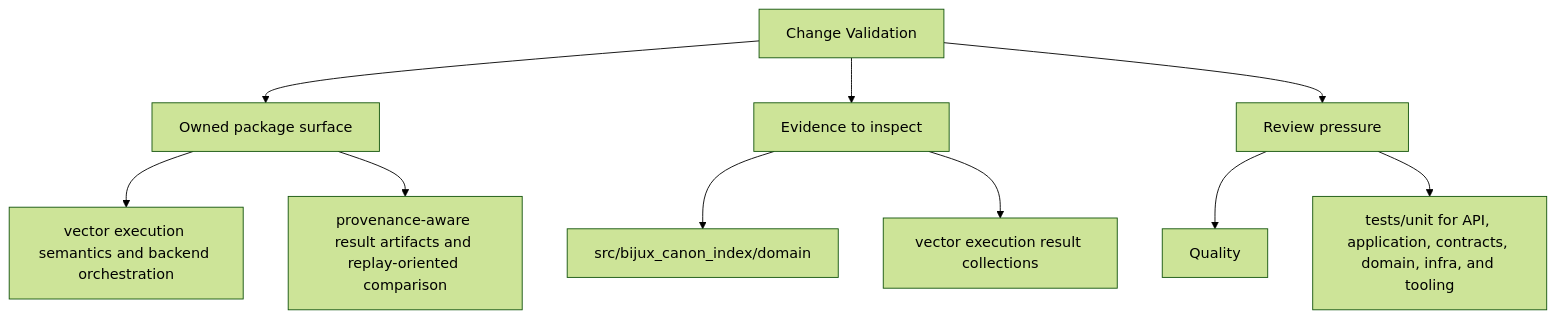
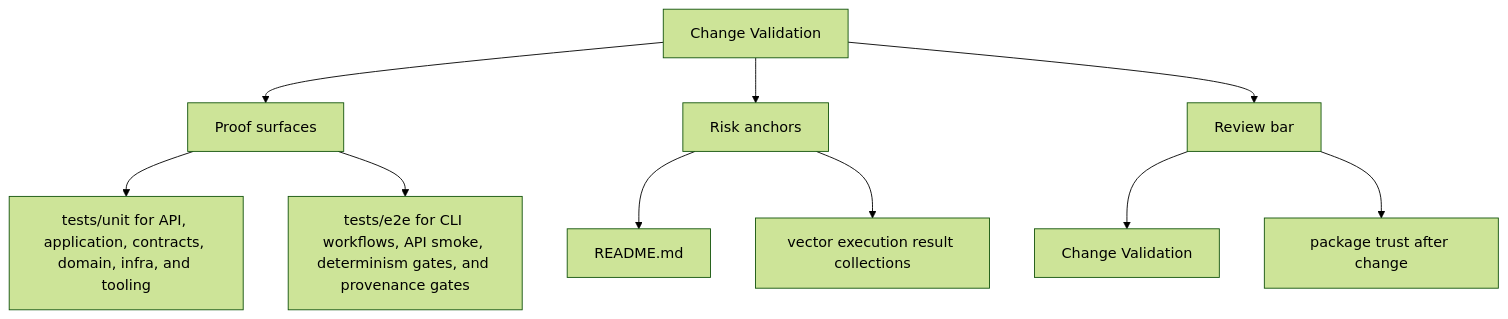
One commit to bijux/bijux-canon changed the second of 2 diagrams in docs/bijux-canon-index/quality/change-validation.md. Above: the diagram before and after it, drawn with Mermaid (forest theme). The commit also changed other lines of this file and 250 other files, not shown here.

Commit message:
docs(diagrams): make product page maps more readable

````diff
--- a/docs/bijux-canon-index/quality/change-validation.md
+++ b/docs/bijux-canon-index/quality/change-validation.md
@@ -33,22 +33,22 @@
 ```mermaid
 flowchart TD
     page["Change Validation"]
-    focus1["Owned package surface"]
+    focus1["Proof surfaces"]
     page --> focus1
-    focus1_1["vector execution semantics and backend orchestration"]
+    focus1_1["tests/unit for API, application, contracts, domain, infra, and tooling"]
     focus1 --> focus1_1
-    focus1_2["provenance-aware result artifacts and replay-oriented comparison"]
+    focus1_2["tests/e2e for CLI workflows, API smoke, determinism gates, and provenance gates"]
     focus1 --> focus1_2
-    focus2["Evidence to inspect"]
+    focus2["Risk anchors"]
     page --> focus2
-    focus2_1["src/bijux_canon_index/domain"]
+    focus2_1["README.md"]
     focus2 --> focus2_1
     focus2_2["vector execution result collections"]
     focus2 --> focus2_2
-    focus3["Review pressure"]
+    focus3["Review bar"]
     page --> focus3
-    focus3_1["Quality"]
+    focus3_1["Change Validation"]
     focus3 --> focus3_1
-    focus3_2["tests/unit for API, application, contracts, domain, infra, and tooling"]
+    focus3_2["package trust after change"]
     focus3 --> focus3_2
 ```
````
